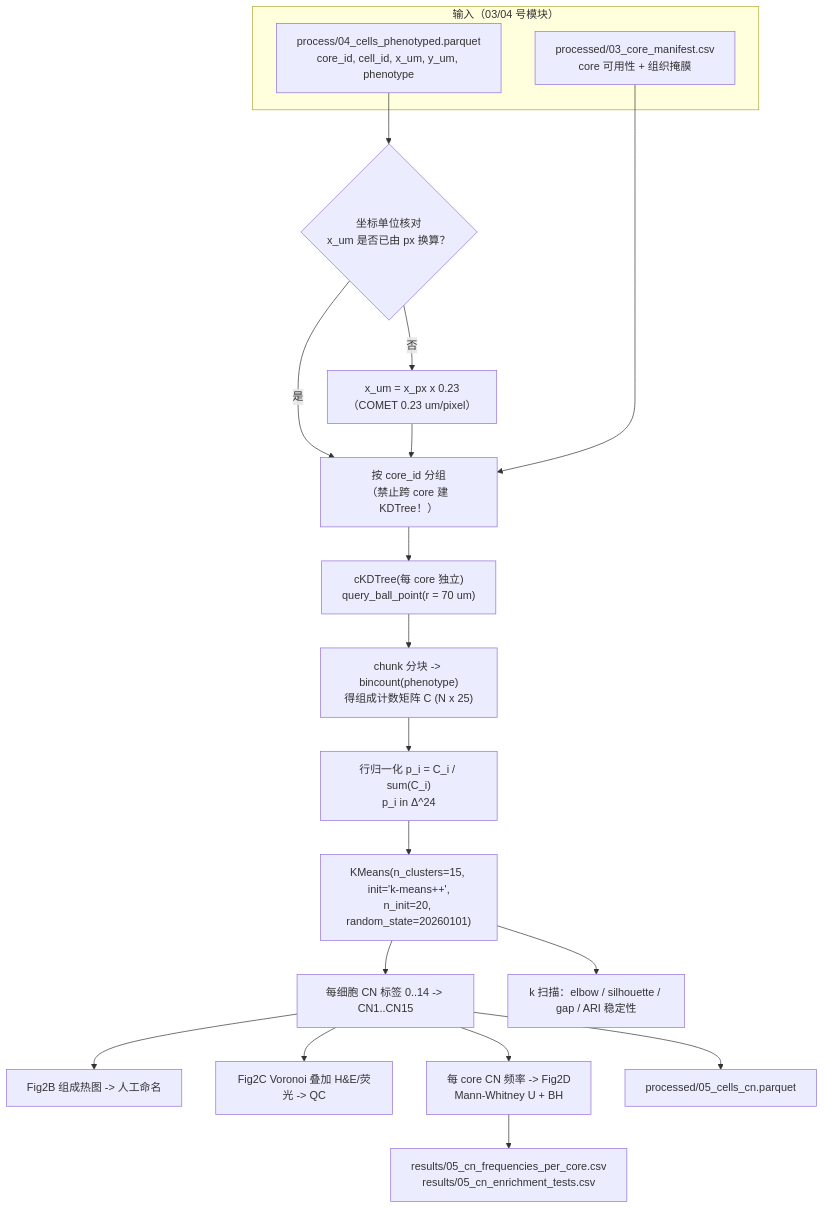
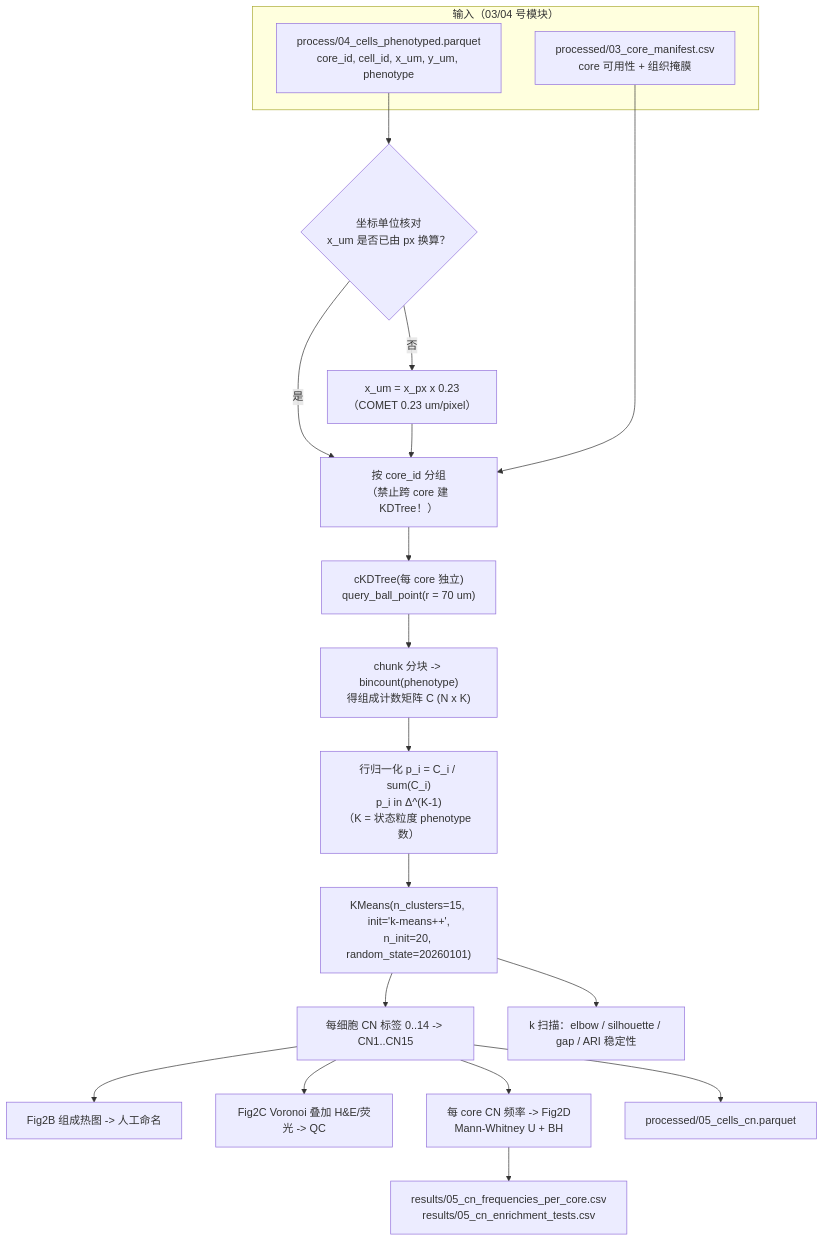
One commit to nashera/paper_read changed the diagram in 20261016_mucosal_melanoma_spatial_multiomics_ICI/05_细胞邻域CN分析与Kmeans.md. Above: the diagram before and after it, drawn with Mermaid. The commit also changed other lines of this file and 30 other files, not shown here.

````diff
--- a/20261016_mucosal_melanoma_spatial_multiomics_ICI/05_细胞邻域CN分析与Kmeans.md
+++ b/20261016_mucosal_melanoma_spatial_multiomics_ICI/05_细胞邻域CN分析与Kmeans.md
@@ -53,23 +54,23 @@
 ```mermaid
 flowchart TB
     subgraph S["输入（03/04 号模块）"]
       A1["process/04_cells_phenotyped.parquet<br/>core_id, cell_id, x_um, y_um, phenotype"]
       A2["processed/03_core_manifest.csv<br/>core 可用性 + 组织掩膜"]
     end
     A1 --> B0{"坐标单位核对<br/>x_um 是否已由 px 换算？"}
     B0 -- "否" --> B1["x_um = x_px x 0.23<br/>（COMET 0.23 um/pixel）"]
     B0 -- "是" --> B2
     B1 --> B2["按 core_id 分组<br/>（禁止跨 core 建 KDTree！）"]
     A2 --> B2
     B2 --> C1["cKDTree(每 core 独立)<br/>query_ball_point(r = 70 um)"]
-    C1 --> C2["chunk 分块 -> bincount(phenotype)<br/>得组成计数矩阵 C (N x 25)"]
-    C2 --> C3["行归一化 p_i = C_i / sum(C_i)<br/>p_i in Δ^24"]
+    C1 --> C2["chunk 分块 -> bincount(phenotype)<br/>得组成计数矩阵 C (N x K)"]
+    C2 --> C3["行归一化 p_i = C_i / sum(C_i)<br/>p_i in Δ^(K-1)<br/>（K = 状态粒度 phenotype 数）"]
     C3 --> D1["KMeans(n_clusters=15, init='k-means++',<br/>n_init=20, random_state=20260101)"]
     D1 --> D2["每细胞 CN 标签 0..14 -> CN1..CN15"]
     D2 --> E1["Fig2B 组成热图 -> 人工命名"]
     D2 --> E2["Fig2C Voronoi 叠加 H&E/荧光 -> QC"]
     D2 --> E3["每 core CN 频率 -> Fig2D<br/>Mann-Whitney U + BH"]
     D2 --> F1["processed/05_cells_cn.parquet"]
     E3 --> F2["results/05_cn_frequencies_per_core.csv<br/>results/05_cn_enrichment_tests.csv"]
     D1 --> G1["k 扫描：elbow / silhouette / gap / ARI 稳定性"]
 ```
````
